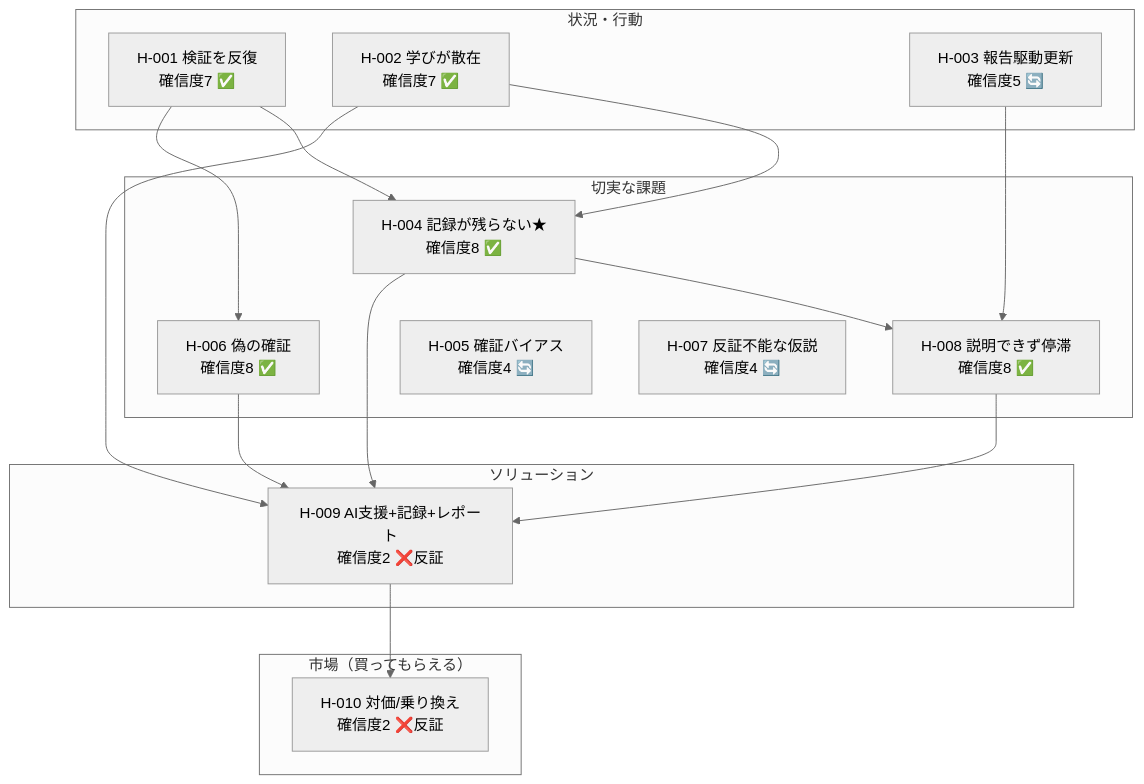
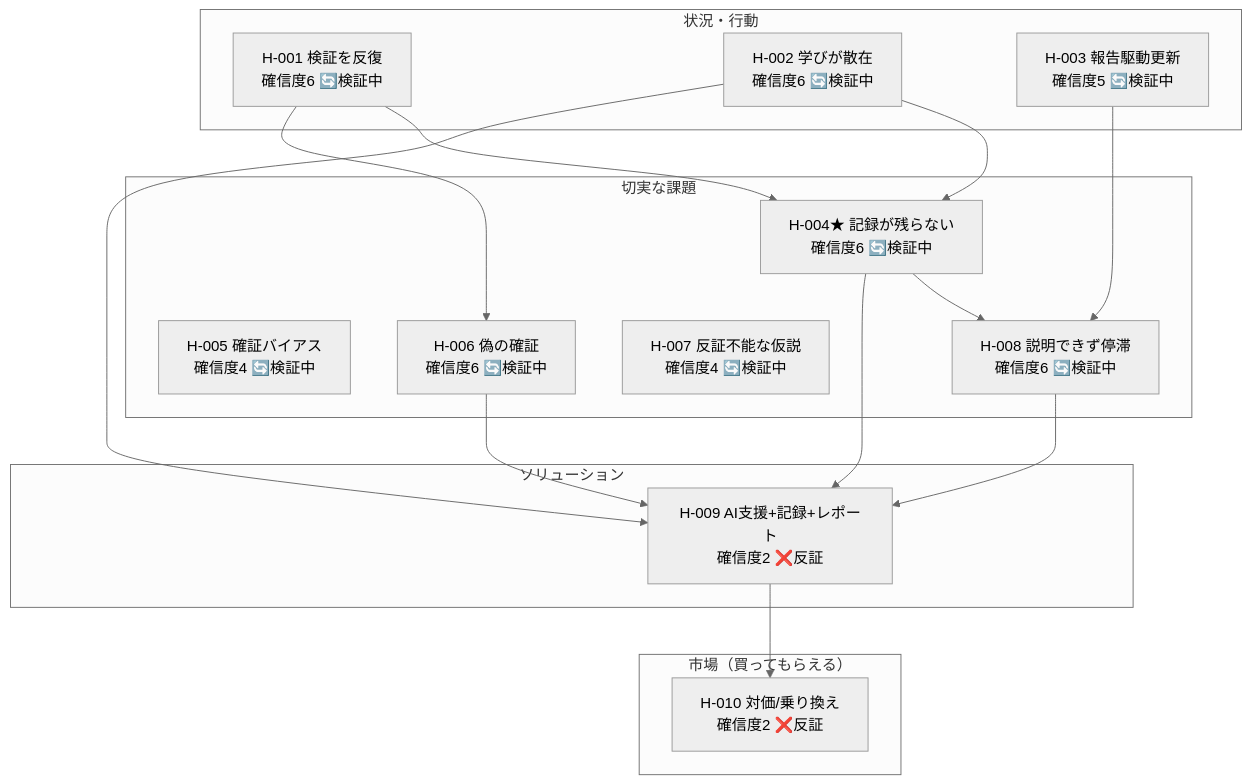
One commit to haru01/hypothesis-wiki changed the diagram in projects/self/wiki/views/hypotheses-list.md. Above: the diagram before and after it, drawn with Mermaid (neutral theme). The commit also changed other lines of this file and 43 other files, not shown here.

````diff
--- a/projects/self/wiki/views/hypotheses-list.md
+++ b/projects/self/wiki/views/hypotheses-list.md
@@ -10,31 +10,31 @@
 ```mermaid
 flowchart TB
-    subgraph 行動["状況・行動"]
-      H1["H-001 検証を反復<br/>確信度7 ✅"]
-      H2["H-002 学びが散在<br/>確信度7 ✅"]
-      H3["H-003 報告駆動更新<br/>確信度5 🔄"]
+    subgraph beh["状況・行動"]
+      SELF_H_001["H-001 検証を反復<br/>確信度6 🔄検証中"]
+      SELF_H_002["H-002 学びが散在<br/>確信度6 🔄検証中"]
+      SELF_H_003["H-003 報告駆動更新<br/>確信度5 🔄検証中"]
     end
-    subgraph 課題["切実な課題"]
-      H4["H-004 記録が残らない★<br/>確信度8 ✅"]
-      H6["H-006 偽の確証<br/>確信度8 ✅"]
-      H8["H-008 説明できず停滞<br/>確信度8 ✅"]
-      H5["H-005 確証バイアス<br/>確信度4 🔄"]
-      H7["H-007 反証不能な仮説<br/>確信度4 🔄"]
+    subgraph prob["切実な課題"]
+      SELF_H_004["H-004★ 記録が残らない<br/>確信度6 🔄検証中"]
+      SELF_H_005["H-005 確証バイアス<br/>確信度4 🔄検証中"]
+      SELF_H_006["H-006 偽の確証<br/>確信度6 🔄検証中"]
+      SELF_H_007["H-007 反証不能な仮説<br/>確信度4 🔄検証中"]
+      SELF_H_008["H-008 説明できず停滞<br/>確信度6 🔄検証中"]
     end
-    subgraph 解決策["ソリューション"]
-      S["H-009 AI支援+記録+レポート<br/>確信度2 ❌反証"]
+    subgraph sol["ソリューション"]
+      SELF_H_009["H-009 AI支援+記録+レポート<br/>確信度2 ❌反証"]
     end
-    subgraph 市場["市場（買ってもらえる）"]
-      M["H-010 対価/乗り換え<br/>確信度2 ❌反証"]
+    subgraph mkt["市場（買ってもらえる）"]
+      SELF_H_010["H-010 対価/乗り換え<br/>確信度2 ❌反証"]
     end
-    H1 --> H4
-    H2 --> H4
-    H3 --> H8
-    H1 --> H6
-    H4 --> H8
-    H4 --> S
-    H6 --> S
-    H8 --> S
-    H2 --> S
-    S --> M
+    SELF_H_001 --> SELF_H_004
+    SELF_H_001 --> SELF_H_006
+    SELF_H_002 --> SELF_H_004
+    SELF_H_002 --> SELF_H_009
+    SELF_H_003 --> SELF_H_008
+    SELF_H_004 --> SELF_H_008
+    SELF_H_004 --> SELF_H_009
+    SELF_H_006 --> SELF_H_009
+    SELF_H_008 --> SELF_H_009
+    SELF_H_009 --> SELF_H_010
 ```
````
